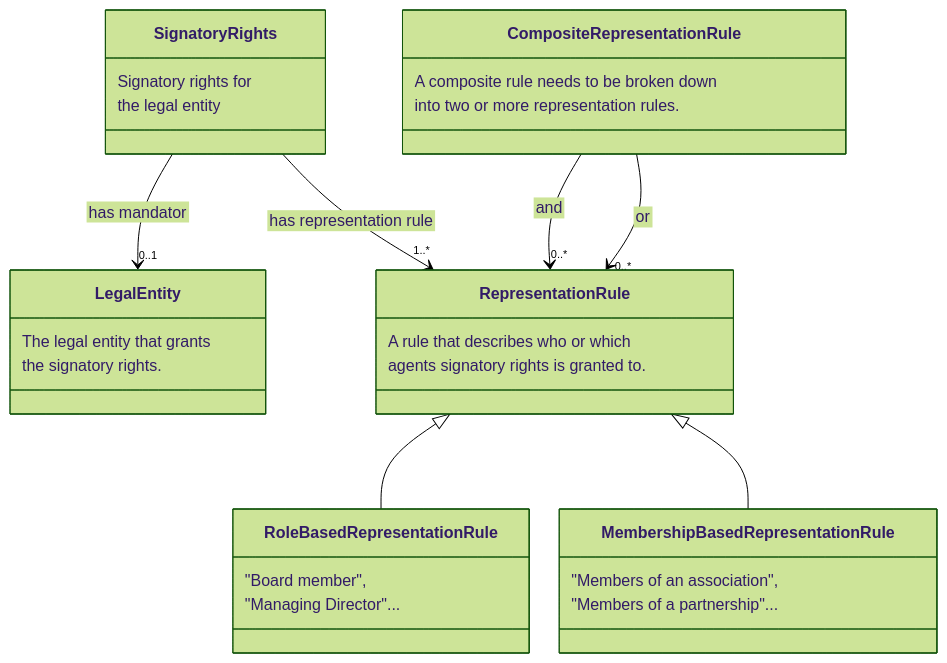
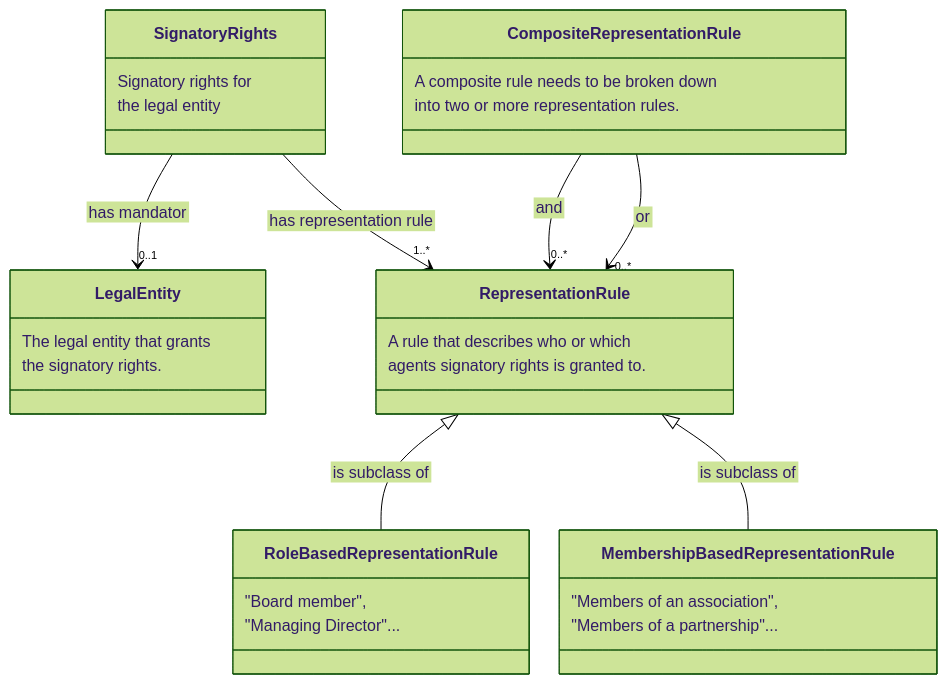
The diagram in README.md (nordicsmartgovernment/Nordic-Signatory-Rights-Model), drawn with Mermaid (forest theme) before and after one commit.

````diff
--- a/README.md
+++ b/README.md
@@ -30,43 +30,43 @@
 ```mermaid
  %%{init:{'flowchart':{'nodeSpacing': 30, 'rankSpacing': 95, 'htmlLabels': false}}}%%
     classDiagram
-        Representation Rule <|-- Role Based Representation Rule
-        Representation Rule <|-- Membership Based Representation Rule
+        Representation Rule <|-- Role Based Representation Rule : is subclass of
+        Representation Rule <|-- Membership Based Representation Rule : is subclass of
 
         class Signatory Rights {
             Signatory rights for
             the legal entity
         }
 
         Signatory Rights --> "0..1" Legal Entity : has mandator
         Signatory Rights --> "1..*" Representation Rule : has representation rule
 
         class Legal Entity {
            The legal entity that grants
            the signatory rights.
         }
 
         class Representation Rule {
            A rule that describes who or which
            agents signatory rights is granted to.
         }
 
         class Role Based Representation Rule {
            "Board member",
            "Managing Director"...
         }
 
         class Membership Based Representation Rule {
            "Members of an association",
            "Members of a partnership"...
         }
 
         class Composite Representation Rule {
            A composite rule needs to be broken down
            into two or more representation rules.
         }
 
         Composite Representation Rule --> "0..*" Representation Rule : and
         Composite Representation Rule --> "0..*" Representation Rule : or
 
 ```
````
